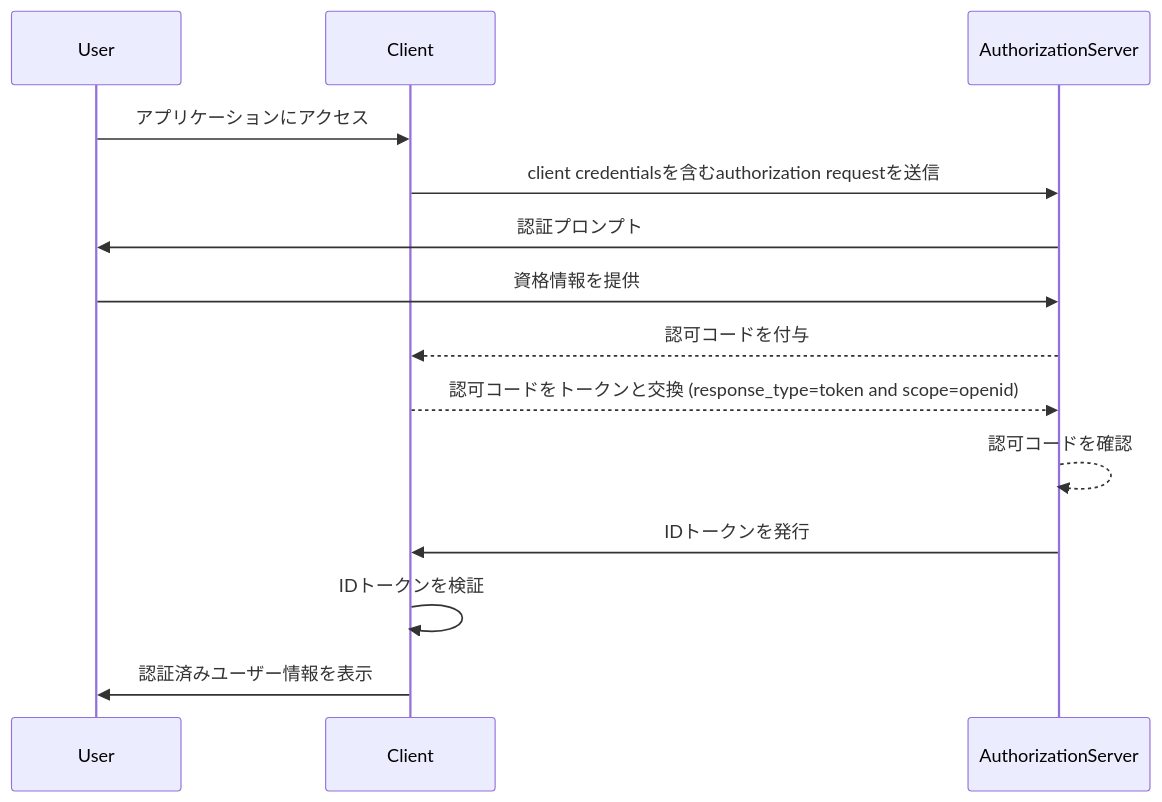
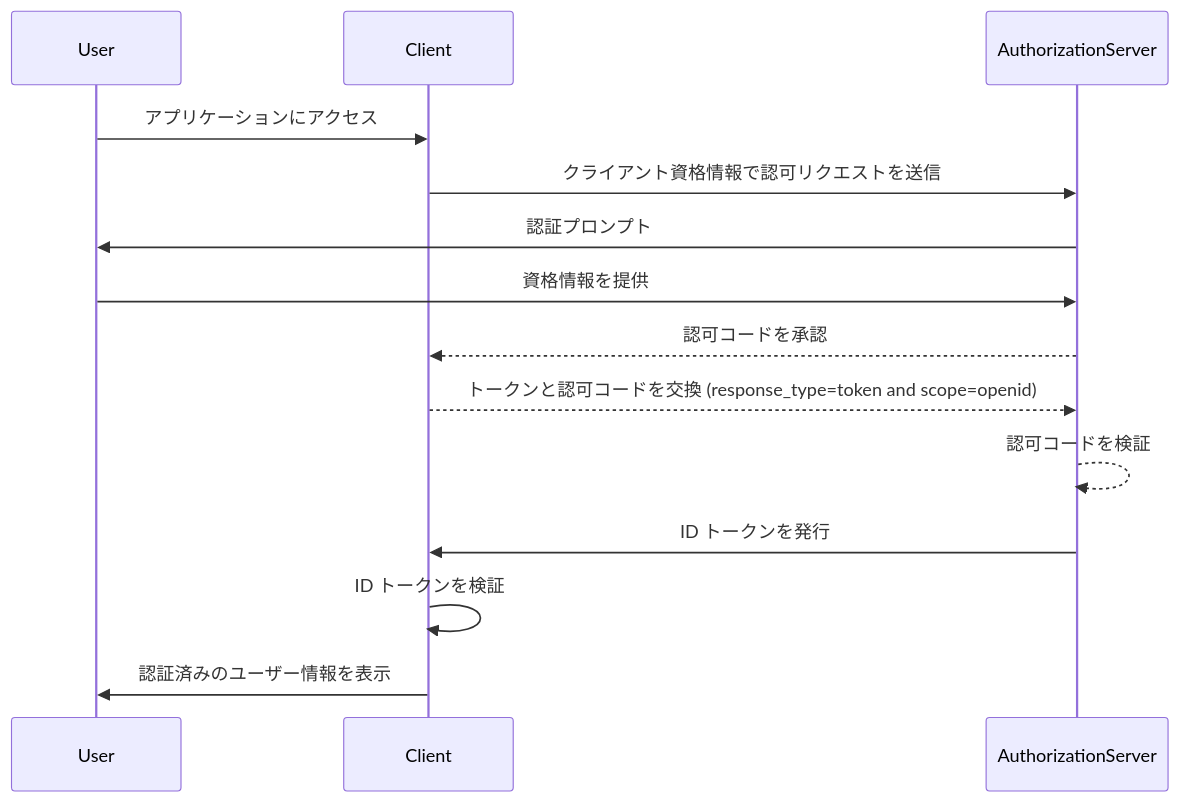
Before and after one commit to logto-io/auth-wiki: the diagram in src/content/terms/ja/id-token.mdx, drawn with Mermaid. The commit also changed other lines of this file and 48 other files, not shown here.

````diff
--- a/src/content/terms/ja/id-token.mdx
+++ b/src/content/terms/ja/id-token.mdx
@@ -19,17 +19,17 @@
 ```mermaid
 sequenceDiagram
     participant User
     participant Client
     participant AuthorizationServer
 
     User->>Client: アプリケーションにアクセス
-    Client->>AuthorizationServer: client credentialsを含むauthorization requestを送信
+    Client->>AuthorizationServer: クライアント資格情報で認可リクエストを送信
     AuthorizationServer->>User: 認証プロンプト
     User->>AuthorizationServer: 資格情報を提供
-    AuthorizationServer-->>Client: 認可コードを付与
-    Client-->>AuthorizationServer: 認可コードをトークンと交換 (response_type=token and scope=openid)
-    AuthorizationServer-->>AuthorizationServer: 認可コードを確認
-    AuthorizationServer->>Client: IDトークンを発行
-    Client->>Client: IDトークンを検証
-    Client->>User: 認証済みユーザー情報を表示
+    AuthorizationServer-->>Client: 認可コードを承認
+    Client-->>AuthorizationServer: トークンと認可コードを交換 (response_type=token and scope=openid)
+    AuthorizationServer-->>AuthorizationServer: 認可コードを検証
+    AuthorizationServer->>Client: ID トークンを発行
+    Client->>Client: ID トークンを検証
+    Client->>User: 認証済みのユーザー情報を表示
 ```
````
